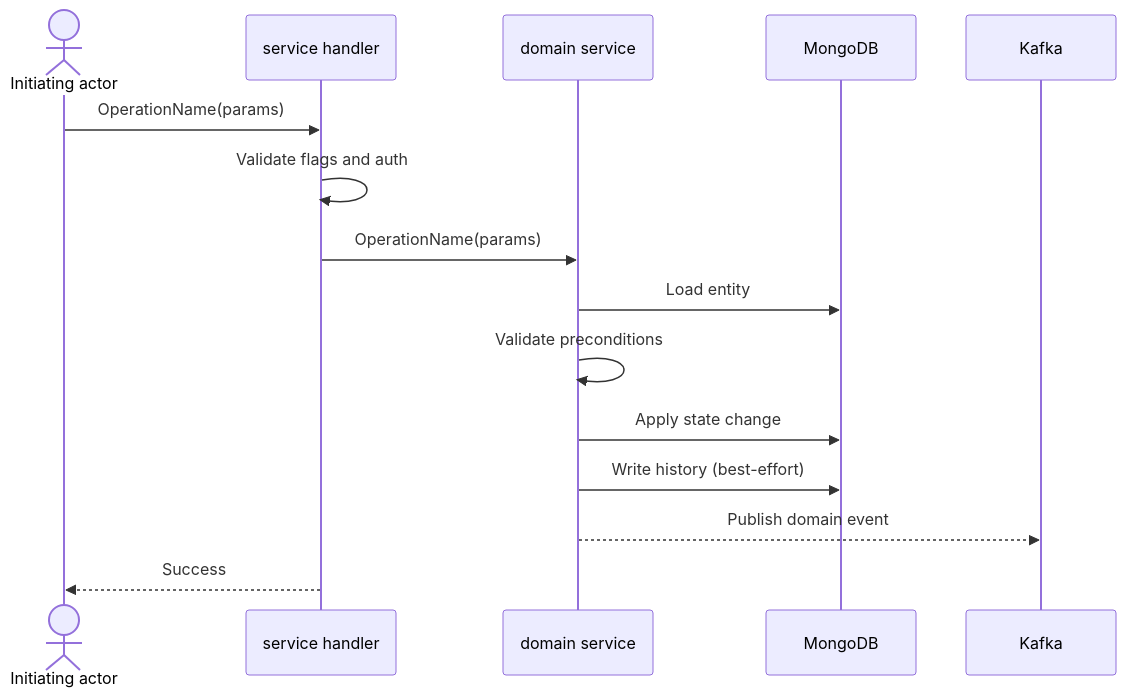
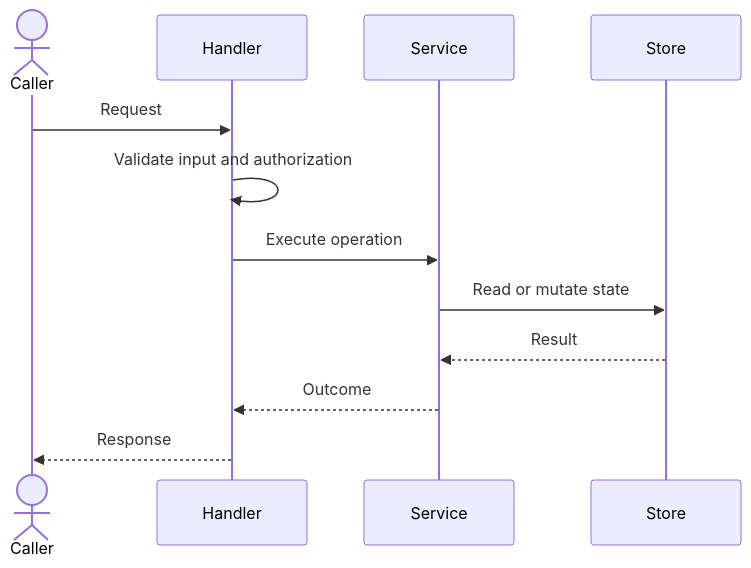
One commit to victorzhuk/skills changed the diagram in skills/engineering/z-creating-flow-doc/SKILL.md. Above: the diagram before and after it, drawn with Mermaid. The commit also changed other lines of this file and 154 other files, not shown here.

Commit message:
fix(skills): repair catalog guidance and add schema standards

````diff
--- a/skills/engineering/z-creating-flow-doc/SKILL.md
+++ b/skills/engineering/z-creating-flow-doc/SKILL.md
@@ -174,18 +68,14 @@
 ```mermaid
 sequenceDiagram
-    actor Initiator as Initiating actor
-    participant Handler as service handler
-    participant Service as domain service
-    participant Mongo as MongoDB
-    participant Kafka as Kafka
-
-    Initiator->>Handler: OperationName(params)
-    Handler->>Handler: Validate flags and auth
-    Handler->>Service: OperationName(params)
-    Service->>Mongo: Load entity
-    Service->>Service: Validate preconditions
-    Service->>Mongo: Apply state change
-    Service->>Mongo: Write history (best-effort)
-    Service-->>Kafka: Publish domain event
-    Handler-->>Initiator: Success
+    actor Caller
+    participant Handler
+    participant Service
+    participant Store
+    Caller->>Handler: Request
+    Handler->>Handler: Validate input and authorization
+    Handler->>Service: Execute operation
+    Service->>Store: Read or mutate state
+    Store-->>Service: Result
+    Service-->>Handler: Outcome
+    Handler-->>Caller: Response
 ```
````
